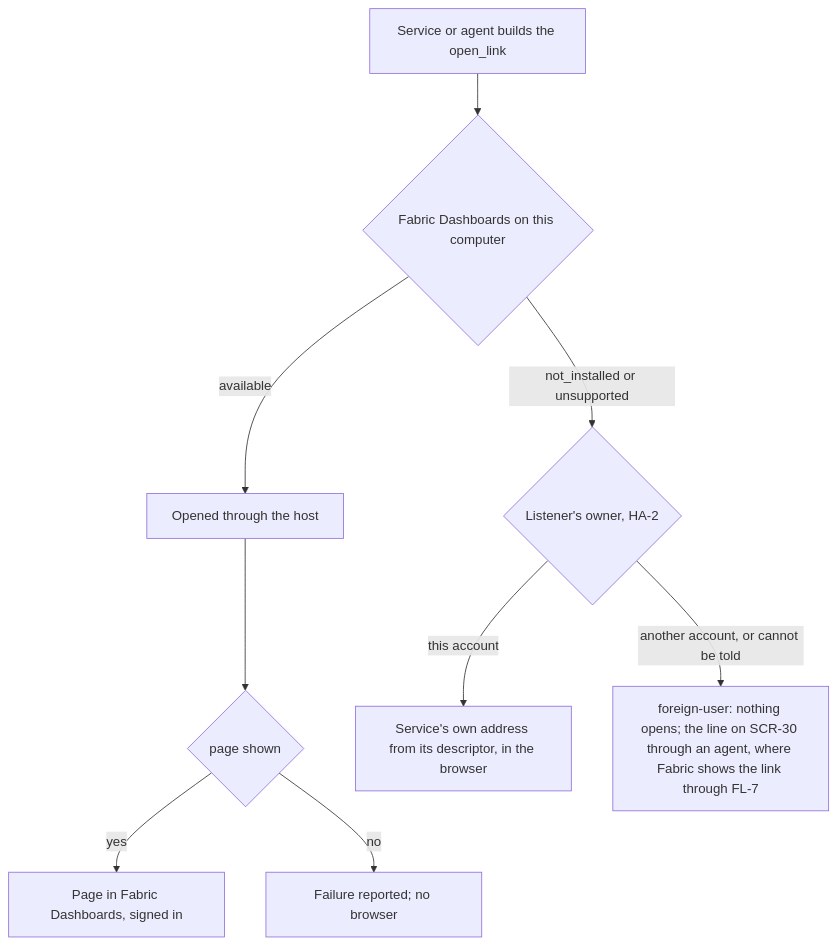
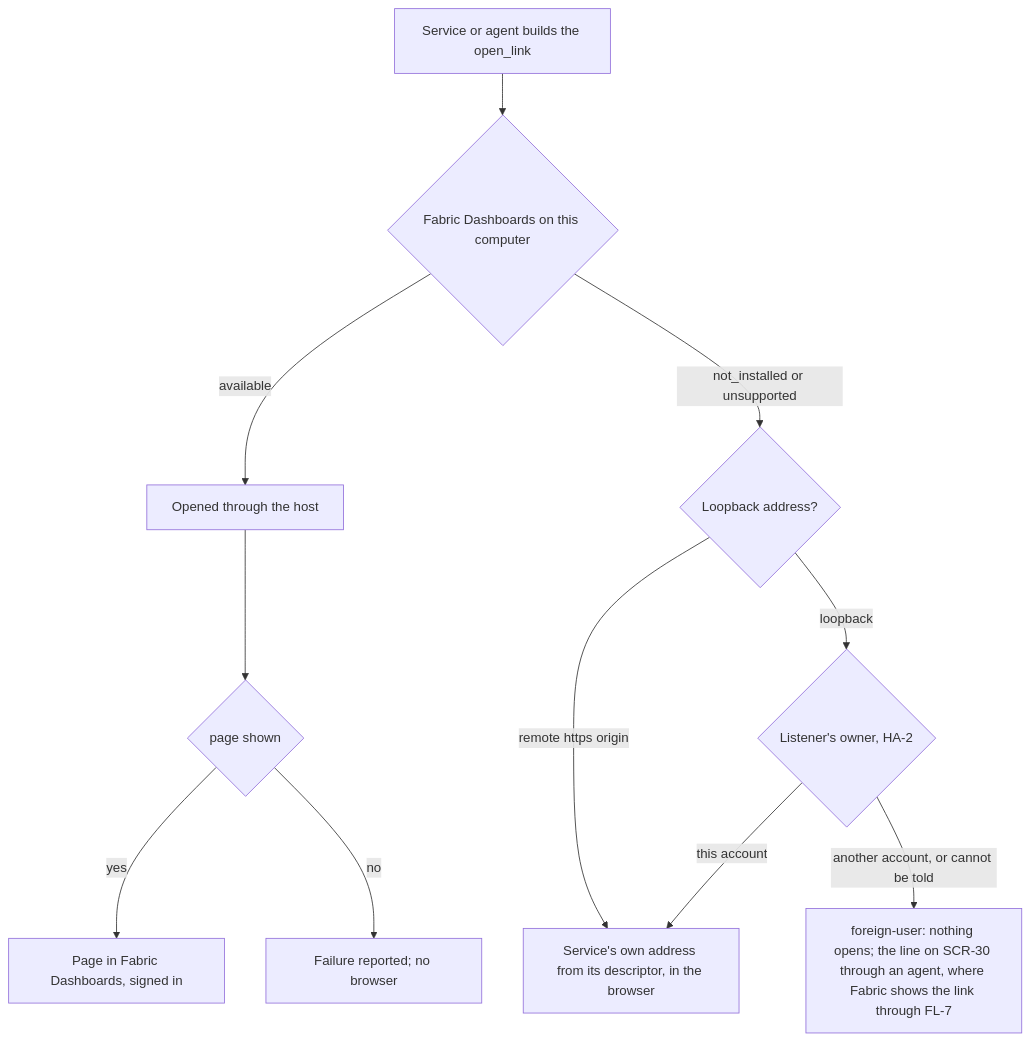
One commit to passioncode-ai/fabric-agent-contract changed diagram 30 of 34 in docs/ux/flows.md. Above: the diagram before and after it, drawn with Mermaid. The commit also changed other lines of this file and 13 other files, not shown here.

````diff
--- a/docs/ux/flows.md
+++ b/docs/ux/flows.md
@@ -778,11 +778,13 @@
 ```mermaid
 flowchart TD
   L[Service or agent builds the open_link] --> S{Fabric Dashboards on this computer}
   S -->|available| O[Opened through the host]
   O --> P{page shown}
   P -->|yes| D[Page in Fabric Dashboards, signed in]
   P -->|no| F[Failure reported; no browser]
-  S -->|not_installed or unsupported| W{Listener's owner, HA-2}
+  S -->|not_installed or unsupported| A{Loopback address?}
+  A -->|remote https origin| B
+  A -->|loopback| W{Listener's owner, HA-2}
   W -->|this account| B[Service's own address from its descriptor, in the browser]
   W -->|another account, or cannot be told| N[foreign-user: nothing opens; the line on SCR-30 through an agent, where Fabric shows the link through FL-7]
 ```
````
